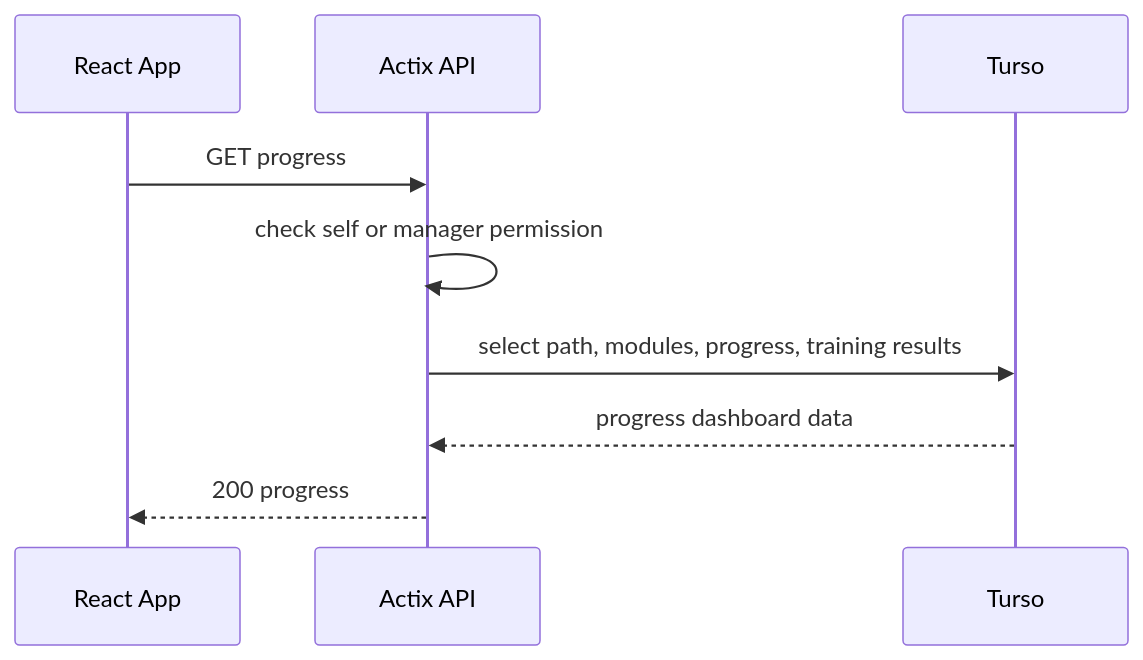
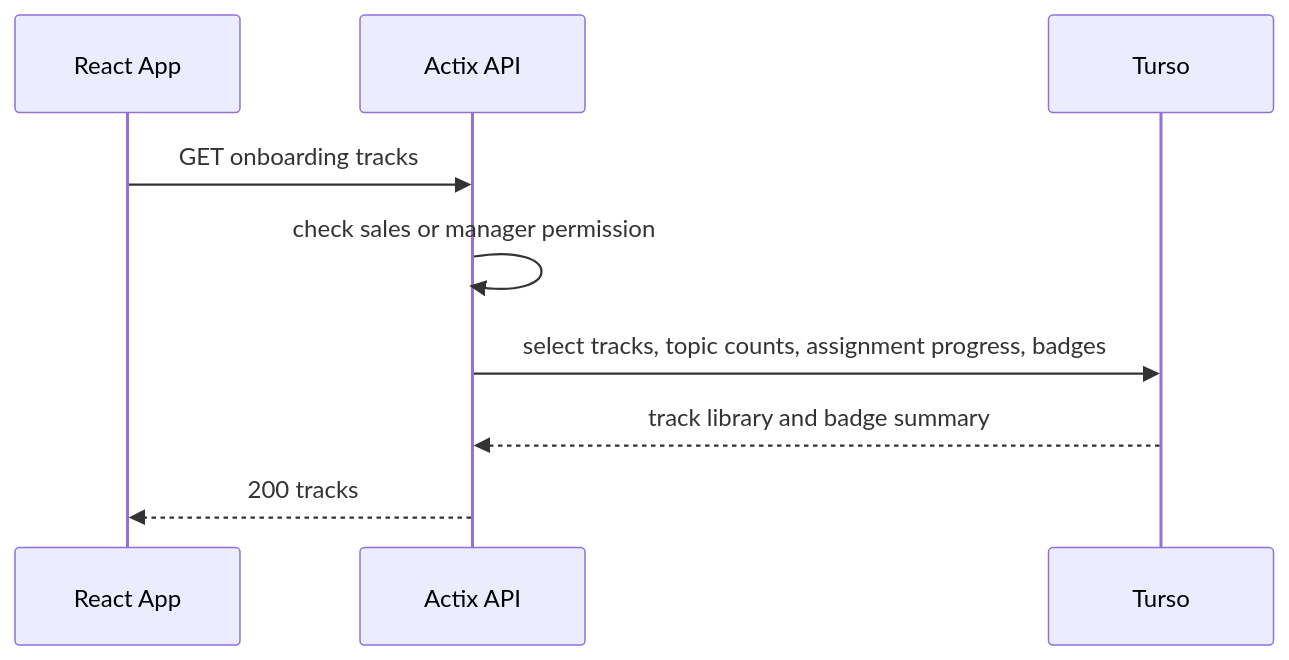
One commit to CopimatorKung/Temp changed diagram 17 of 20 in docs/dev/api-sequence-diagrams.md. Above: the diagram before and after it, drawn with Mermaid. The commit also changed other lines of this file and 38 other files, not shown here.

````diff
--- a/docs/dev/api-sequence-diagrams.md
+++ b/docs/dev/api-sequence-diagrams.md
@@ -355,12 +394,12 @@
 ```mermaid
 sequenceDiagram
     participant FE as React App
     participant API as Actix API
     participant DB as Turso
 
-    FE->>API: GET progress
-    API->>API: check self or manager permission
-    API->>DB: select path, modules, progress, training results
-    DB-->>API: progress dashboard data
-    API-->>FE: 200 progress
+    FE->>API: GET onboarding tracks
+    API->>API: check sales or manager permission
+    API->>DB: select tracks, topic counts, assignment progress, badges
+    DB-->>API: track library and badge summary
+    API-->>FE: 200 tracks
 ```
````
